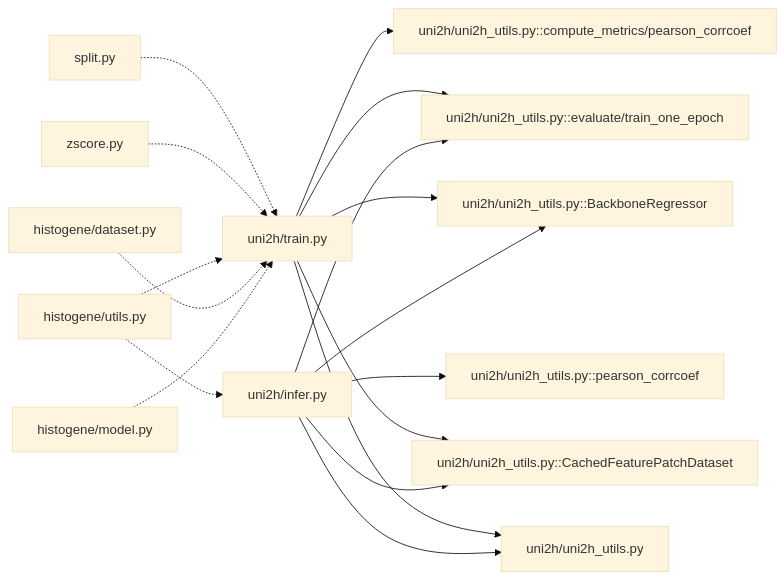
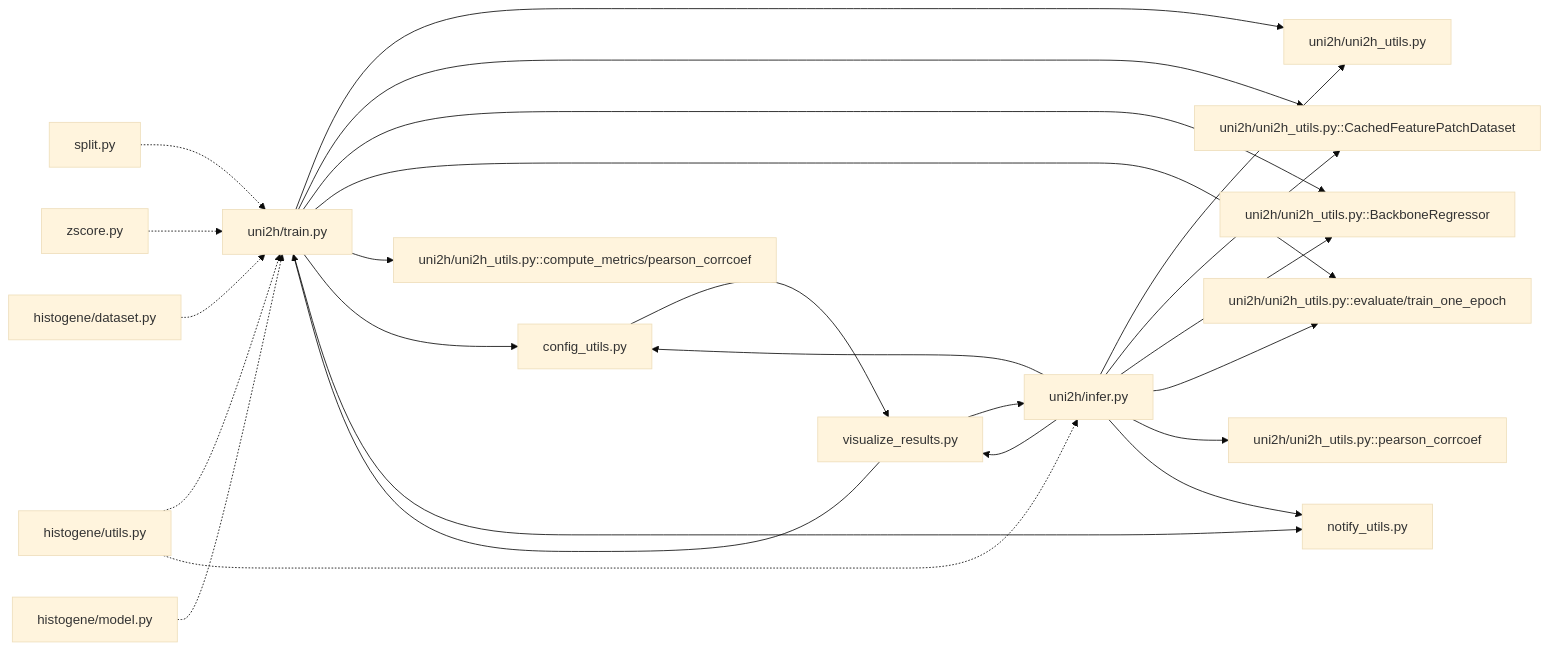
The eighth of 8 diagrams in .qoder/repowiki/zh/content/工具函数库.md (qzs610038-star/AI-esophagus-cancer-basedon-HF-HT), drawn with Mermaid (base theme) before and after one commit. The commit also changed other lines of this file and 14 other files, not shown here.

````diff
--- a/.qoder/repowiki/zh/content/工具函数库.md
+++ b/.qoder/repowiki/zh/content/工具函数库.md
@@ -374,19 +556,27 @@
 ```mermaid
 graph LR
 SP["split.py"] -.-> TR["uni2h/train.py"]
 ZS["zscore.py"] -.-> TR
 TR --> UT["uni2h/uni2h_utils.py"]
 TR --> DS["uni2h/uni2h_utils.py::CachedFeaturePatchDataset"]
 TR --> BR["uni2h/uni2h_utils.py::BackboneRegressor"]
 TR --> EV["uni2h/uni2h_utils.py::evaluate/train_one_epoch"]
 TR --> CM["uni2h/uni2h_utils.py::compute_metrics/pearson_corrcoef"]
+TR --> CU["config_utils.py"]
+TR --> NU["notify_utils.py"]
 IN["uni2h/infer.py"] --> UT
 IN --> DS
 IN --> BR
 IN --> EV
 IN --> PC["uni2h/uni2h_utils.py::pearson_corrcoef"]
+IN --> CU
+IN --> NU
+IN --> VR["visualize_results.py"]
 HU["histogene/utils.py"] -.-> TR
 HU -.-> IN
 HD["histogene/dataset.py"] -.-> TR
 HM["histogene/model.py"] -.-> TR
+CU --> VR
+VR --> TR
+VR --> IN
 ```
````
